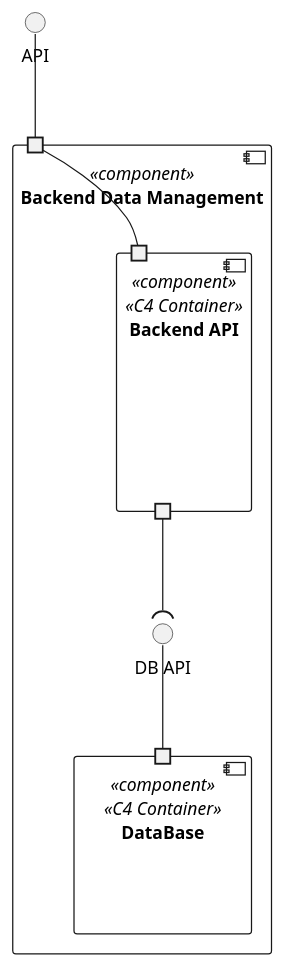
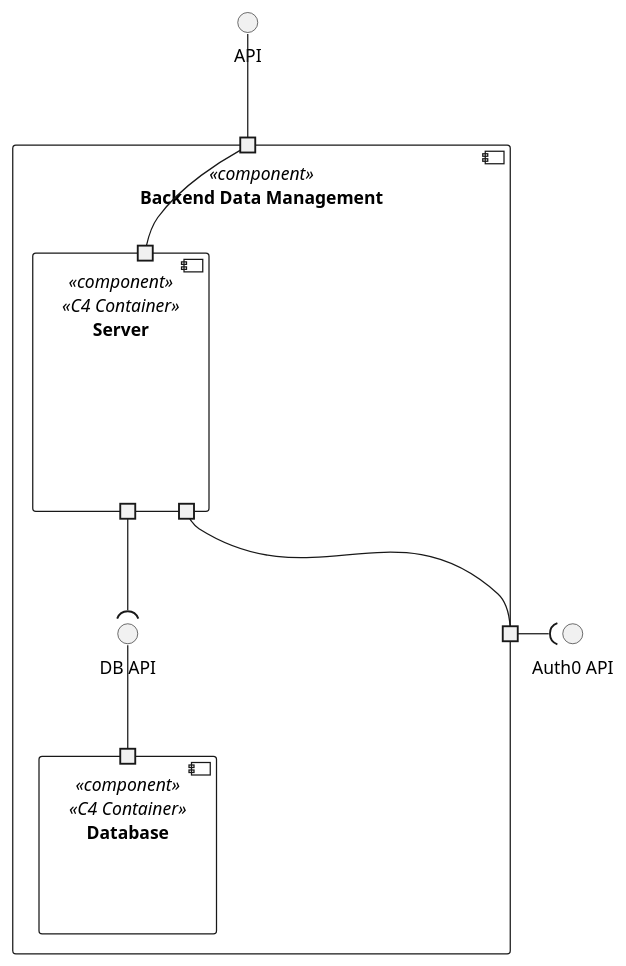
The diagram in docs/views/level3/logic-view.puml (1220846/sem5pi-24-25-3ddg20), drawn with PlantUML before and after one commit. The commit also changed 2 other files, not shown here.

```diff
--- a/docs/views/level3/logic-view.puml
+++ b/docs/views/level3/logic-view.puml
@@ -1,26 +1,31 @@
 @startuml logic-view
 top to bottom direction
 
 interface "API" as API
+interface "Auth0 API" as A0API
 
 component "Backend Data Management" <<component>>{
     () "DB API" as DBAPI
     portin " " as PI
+    portout " " as SARMPI1
 
-    component "Backend API" <<component>> <<C4 Container>>{
-        portin " " as BEPI
-        portout " " as BEPO
+    component "Server" <<component>> <<C4 Container>>{
+        portin " " as SVPI
+        portout " " as SVPO
+        portout " " as SVPO1
+
     }
 
-    component "DataBase" <<component>> <<C4 Container>>{
+    component "Database" <<component>> <<C4 Container>>{
         portin " " as DBPI
     }
      
 }
 
 API -- PI
-PI -- BEPI 
-BEPO --( DBAPI
+PI -- SVPI 
+SVPO --( DBAPI
 DBPI -U- DBAPI
-
+SVPO1 -- SARMPI1
+SARMPI1 -r-( A0API
 @enduml
```
